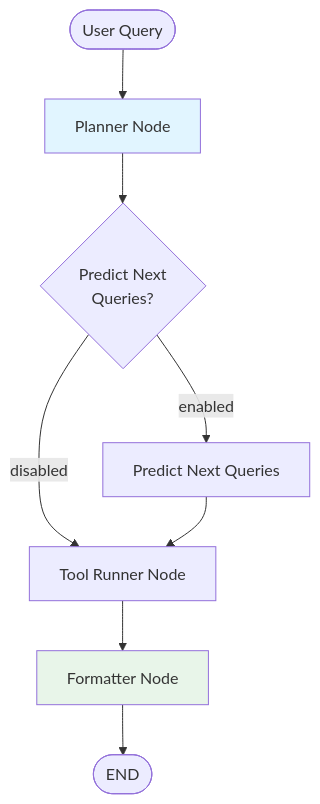
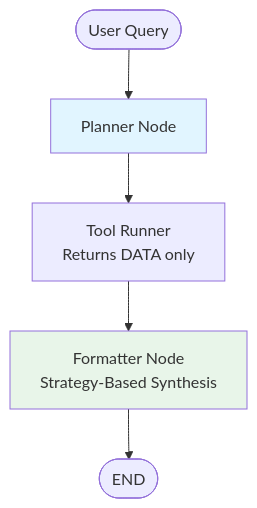
Before and after one commit to roznet/flyfun-apps: the second of 2 diagrams in designs/LLM_AGENT_DESIGN.md, drawn with Mermaid. The commit also changed other lines of this file and 14 other files, not shown here.

````diff
--- a/designs/LLM_AGENT_DESIGN.md
+++ b/designs/LLM_AGENT_DESIGN.md
@@ -103,13 +96,10 @@
 ```mermaid
 graph TD
   Start([User Query]) --> Planner[Planner Node]
-  Planner --> Predict{Predict Next<br/>Queries?}
-  Predict -->|enabled| PredictNode[Predict Next Queries]
-  Predict -->|disabled| Tool
-  PredictNode --> Tool[Tool Runner Node]
-  Tool --> Formatter[Formatter Node]
+  Planner --> Tool[Tool Runner<br/>Returns DATA only]
+  Tool --> Formatter[Formatter Node<br/>Strategy-Based Synthesis]
   Formatter --> End([END])
 
   style Planner fill:#e1f5ff
   style Formatter fill:#e8f5e9
 ```
````
